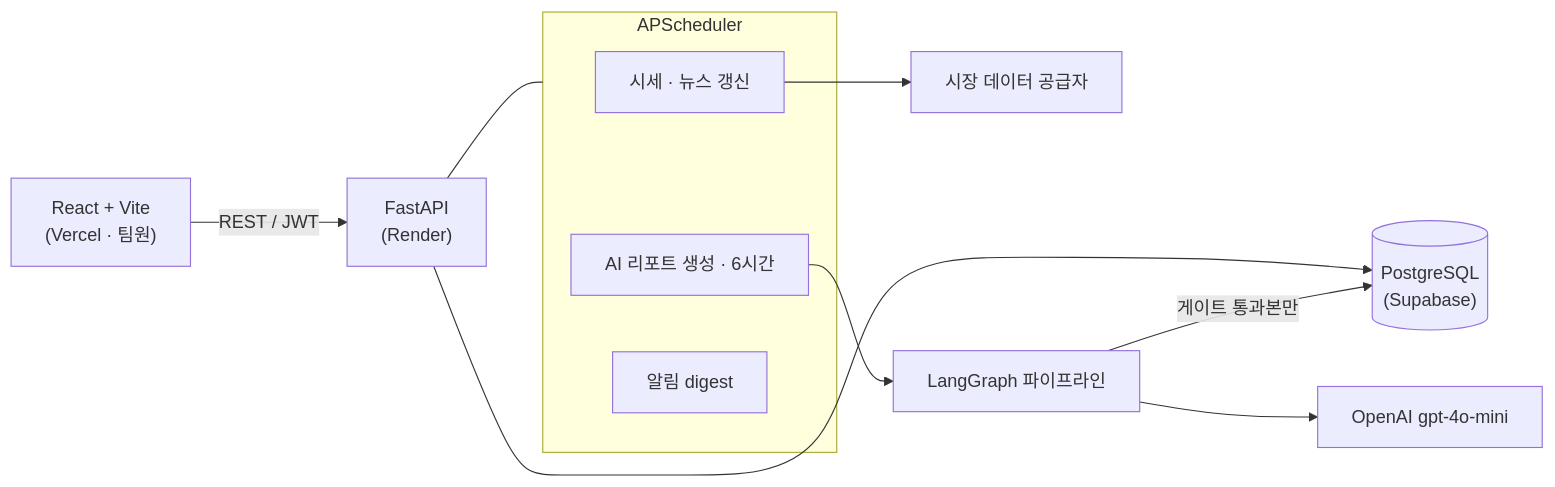
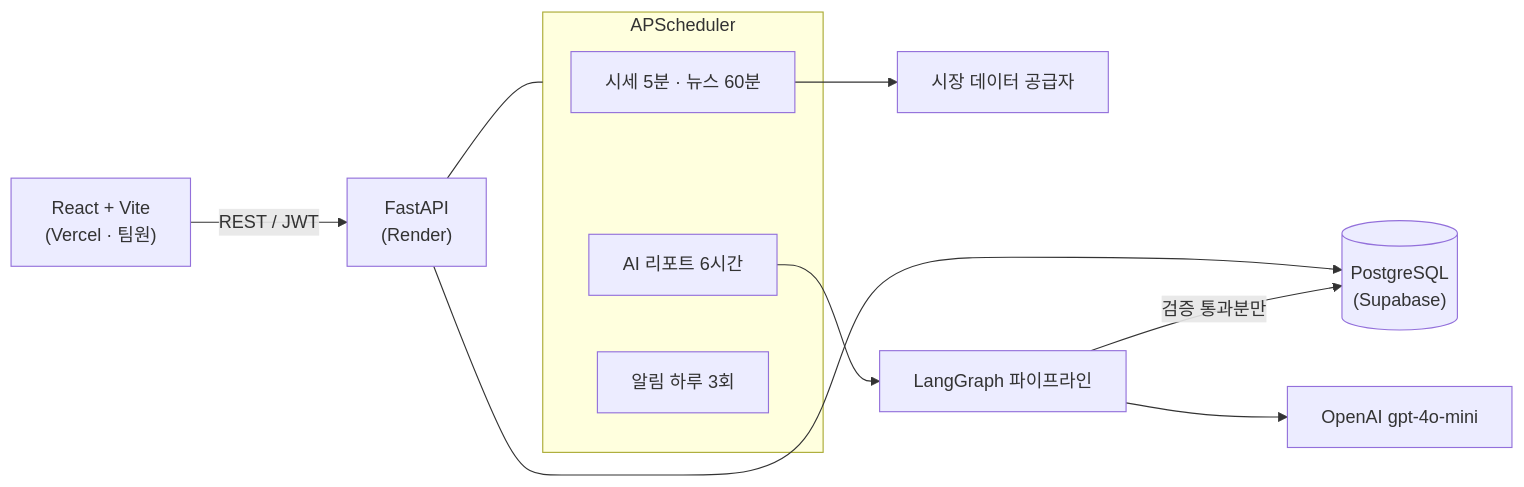
Before and after one commit to SunWoo1213/AI-Invest: the first of 2 diagrams in README.md, drawn with Mermaid. The commit also changed other lines of this file, not shown here.

````diff
--- a/README.md
+++ b/README.md
@@ -42,15 +44,15 @@
 ```mermaid
 flowchart LR
     FE["React + Vite<br/>(Vercel · 팀원)"] -->|REST / JWT| BE["FastAPI<br/>(Render)"]
     BE --> DB[("PostgreSQL<br/>(Supabase)")]
     subgraph SCH[APScheduler]
-      S1[시세 · 뉴스 갱신]
-      S3[AI 리포트 생성 · 6시간]
-      S4[알림 digest]
+      S1[시세 5분 · 뉴스 60분]
+      S3[AI 리포트 6시간]
+      S4[알림 하루 3회]
     end
     BE --- SCH
     S1 --> EXT[시장 데이터 공급자]
     S3 --> G[LangGraph 파이프라인]
     G --> LLM[OpenAI gpt-4o-mini]
-    G -->|게이트 통과본만| DB
+    G -->|검증 통과분만| DB
 ```
````
